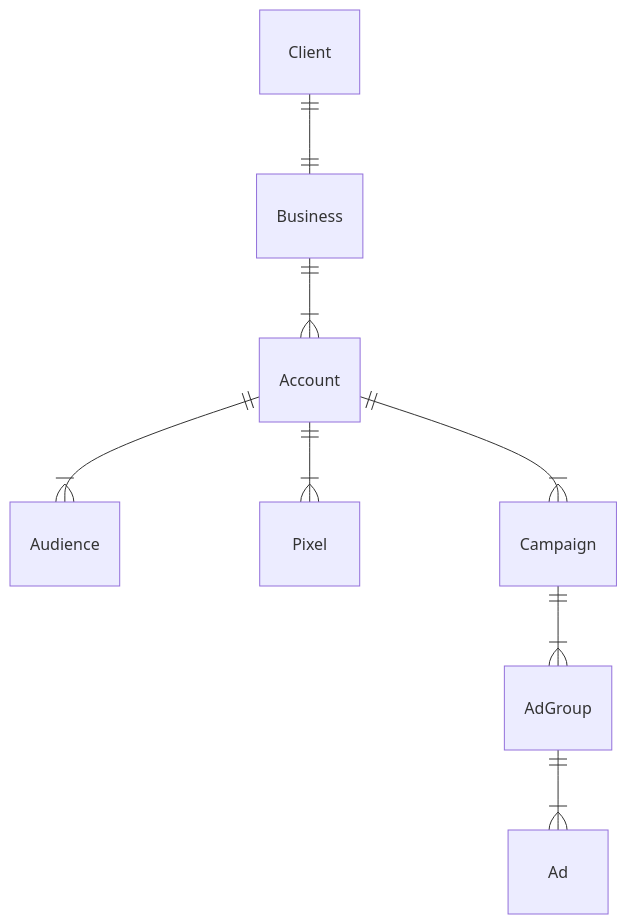
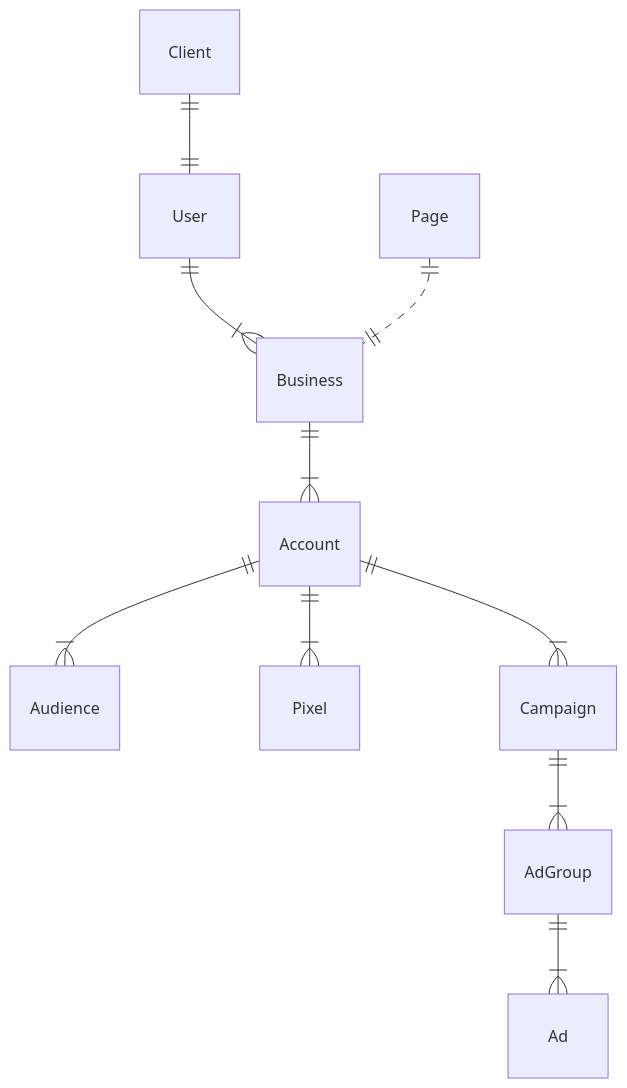
One commit to kobusjoubert/active_ad changed the diagram in README.md. Above: the diagram before and after it, drawn with Mermaid. The commit also changed other lines of this file and 5 other files, not shown here.

Commit message:
feat: Facebook user and page models

````diff
--- a/README.md
+++ b/README.md
@@ -63,10 +113,12 @@
 ```mermaid
   erDiagram
-    Client ||--|| Business : ""
+    Client ||--|| User : ""
+    User ||--|{ Business : ""
+    Page ||..|| Business : ""
     Business ||--|{ Account : ""
     Account ||--|{ Audience : ""
     Account ||--|{ Pixel : ""
     Account ||--|{ Campaign : ""
     Campaign ||--|{ AdGroup : ""
     AdGroup ||--|{ Ad : ""
 ```
````
